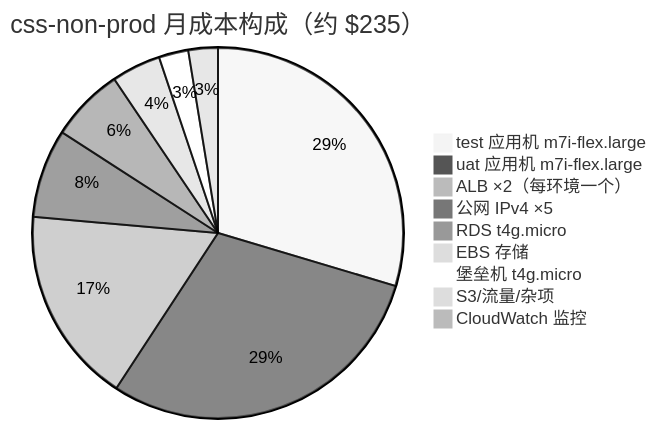
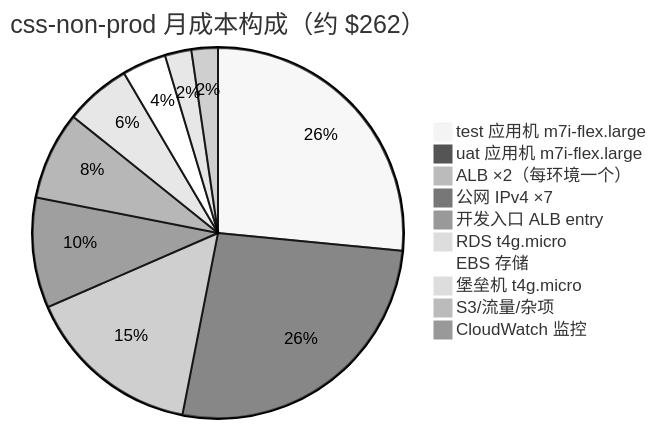
One commit to WenchaoChen1/CSS changed the first of 2 diagrams in docs/环境/成本价格表.md. Above: the diagram before and after it, drawn with Mermaid (neutral theme). The commit also changed other lines of this file and 2 other files, not shown here.

Commit message:
docs: fold 07-31 cost increments into detail tables (non-prod $262, prod $361, per-env $132); move terraform方案 analysis to css-terraform/方案存档

````diff
--- a/docs/环境/成本价格表.md
+++ b/docs/环境/成本价格表.md
@@ -63,12 +64,13 @@
 ```mermaid
-pie title css-non-prod 月成本构成（约 $235）
+pie title css-non-prod 月成本构成（约 $262）
     "test 应用机 m7i-flex.large" : 69
     "uat 应用机 m7i-flex.large" : 69
     "ALB ×2（每环境一个）" : 40
-    "公网 IPv4 ×5" : 18
+    "公网 IPv4 ×7" : 25
+    "开发入口 ALB entry" : 20
     "RDS t4g.micro" : 15
     "EBS 存储" : 10
     "堡垒机 t4g.micro" : 6
     "S3/流量/杂项" : 6
     "CloudWatch 监控" : 2
 ```
````
